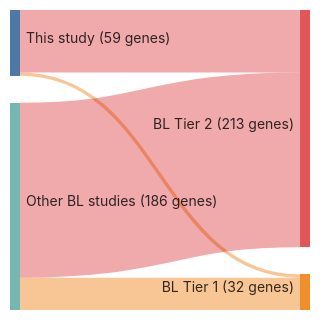
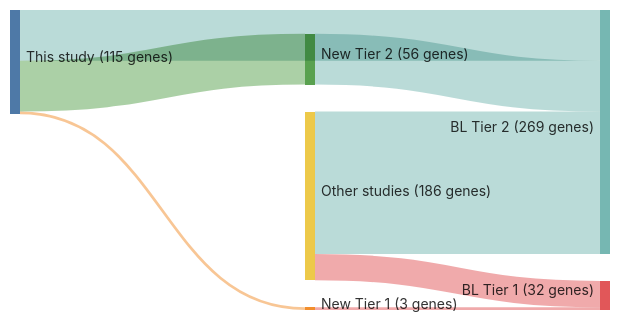
One commit to morinlab/lymphopedia changed the diagram in papers/loveGeneticLandscapeMutations2012.md. Above: the diagram before and after it, drawn with Mermaid. The commit also changed 82 other files, not shown here.

````diff
--- a/papers/loveGeneticLandscapeMutations2012.md
+++ b/papers/loveGeneticLandscapeMutations2012.md
@@ -12,18 +12,21 @@
 ```mermaid
 ---
 config:
     sankey:
         showValues: true
         linkColor: target
-        width: 300
+        width: 600
         height: 300
         nodeAlignment: right
         prefix: '('
         suffix: ' genes)'
 ---
 sankey-beta
-This study, BL Tier 1, 3
+This study, New Tier 1, 3
+New Tier 1, BL Tier 1, 3
 This study, BL Tier 2, 56
-Other BL studies, BL Tier 1, 29
-Other BL studies, BL Tier 2, 157
+This study, New Tier 2, 56
+New Tier 2, BL Tier 2, 56
+Other studies, BL Tier 1, 29
+Other studies, BL Tier 2, 157
 ```
````
